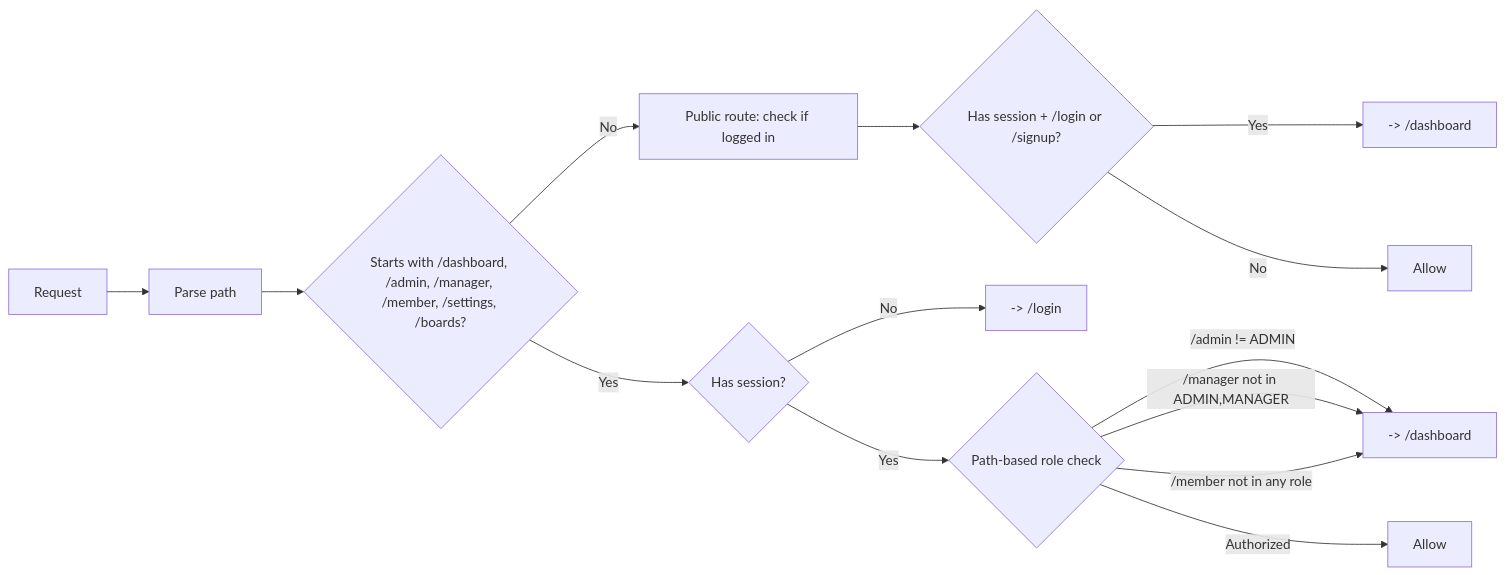
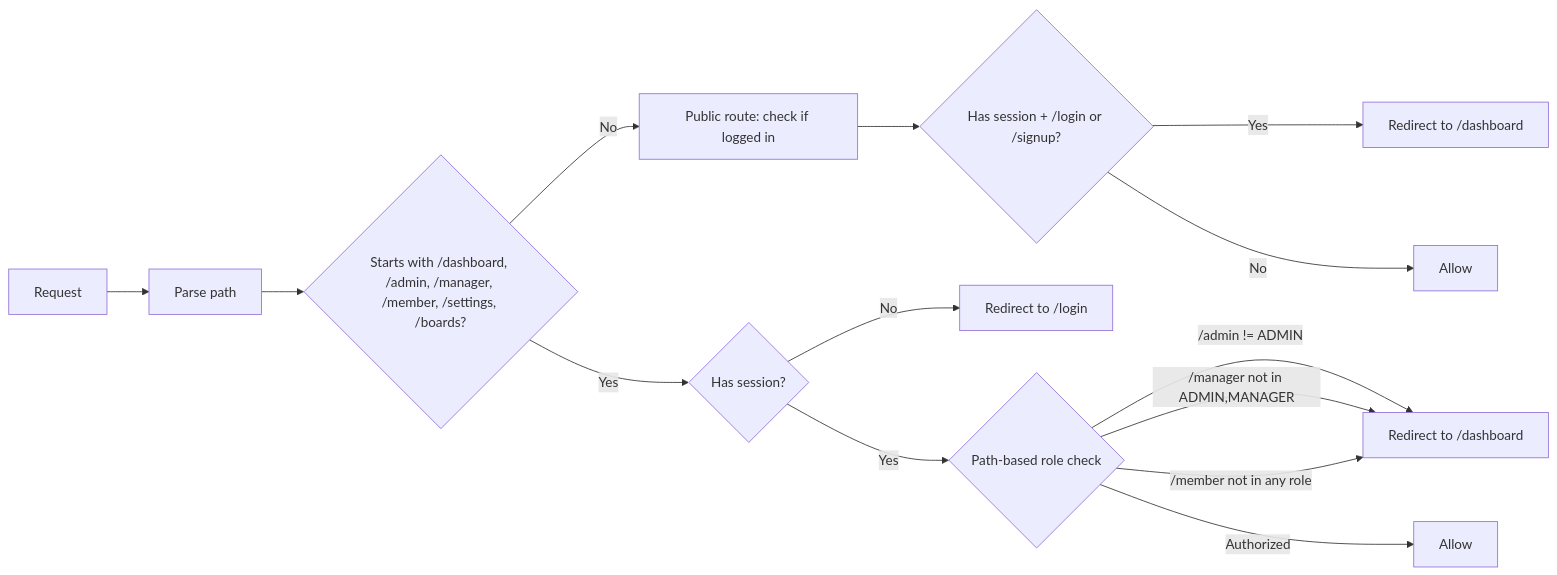
The fifth of 7 diagrams in docs/03-rbac-and-permissions.md (asefahmed500/Smart-Task-App_IIT_DU_Final_Project), drawn with Mermaid before and after one commit. The commit also changed other lines of this file and 9 other files, not shown here.

Commit message:
fix: update AGENTS.md with Vercel deployment notes and additional mermaid cleanups

````diff
--- a/docs/03-rbac-and-permissions.md
+++ b/docs/03-rbac-and-permissions.md
@@ -233,16 +233,16 @@
 ```mermaid
 flowchart LR
     REQ["Request"] --> PARSE["Parse path"]
     PARSE --> PROTECTED{"Starts with /dashboard, /admin, /manager, /member, /settings, /boards?"}
     PROTECTED -->|No| PUBLIC["Public route: check if logged in"]
     PUBLIC --> LOGGED_IN{"Has session + /login or /signup?"}
-    LOGGED_IN -->|Yes| REDIRECT_DASH["-> /dashboard"]
+    LOGGED_IN -->|Yes| REDIRECT_DASH["Redirect to /dashboard"]
     LOGGED_IN -->|No| ALLOW["Allow"]
     PROTECTED -->|Yes| HAS_SESSION{"Has session?"}
-    HAS_SESSION -->|No| REDIRECT_LOGIN["-> /login"]
+    HAS_SESSION -->|No| REDIRECT_LOGIN["Redirect to /login"]
     HAS_SESSION -->|Yes| RBAC{"Path-based role check"}
-    RBAC -->|"/admin" != ADMIN| REDIRECT_DASH2["-> /dashboard"]
+    RBAC -->|"/admin" != ADMIN| REDIRECT_DASH2["Redirect to /dashboard"]
     RBAC -->|"/manager" not in ADMIN,MANAGER| REDIRECT_DASH2
     RBAC -->|"/member" not in any role| REDIRECT_DASH2
     RBAC -->|Authorized| ALLOW2["Allow"]
 ```
````
